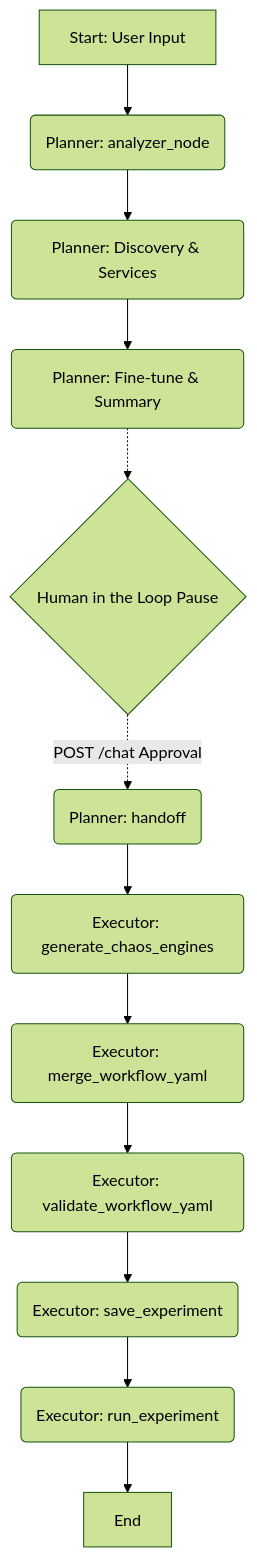
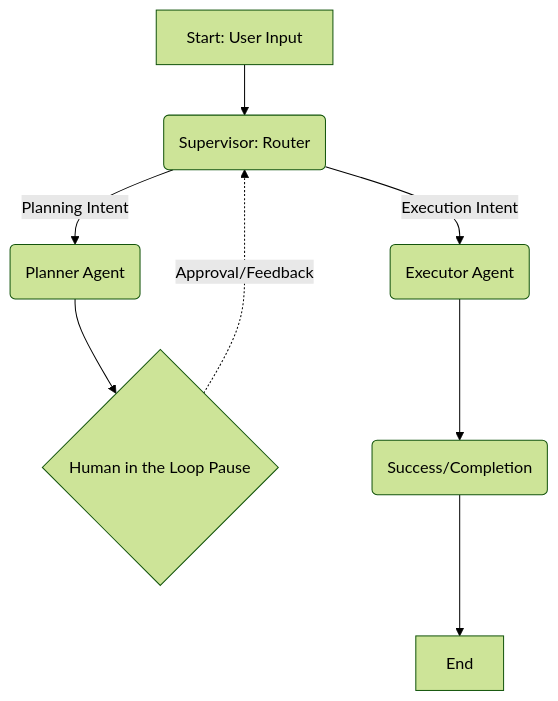
Before and after one commit to pratheeG/Chaos_engineering: the diagram in agent_v2/readme.md, drawn with Mermaid (forest theme). The commit also changed other lines of this file and 8 other files, not shown here.

````diff
--- a/agent_v2/readme.md
+++ b/agent_v2/readme.md
@@ -25,15 +23,12 @@
 ```mermaid
 graph TD
-    A[Start: User Input] --> B(Planner: analyzer_node)
-    B --> C(Planner: Discovery & Services)
-    C --> D(Planner: Fine-tune & Summary)
+    A[Start: User Input] --> B(Supervisor: Router)
+    B -- Planning Intent --> C(Planner Agent)
+    B -- Execution Intent --> D(Executor Agent)
     
-    D -.-> E{Human in the Loop Pause}
-    E -. POST /chat Approval .-> F(Planner: handoff)
-    F --> G(Executor: generate_chaos_engines)
-    G --> H(Executor: merge_workflow_yaml)
-    H --> I(Executor: validate_workflow_yaml)
-    I --> J(Executor: save_experiment)
-    J --> K(Executor: run_experiment)
-    K --> End
+    C --> E{Human in the Loop Pause}
+    E -. Approval/Feedback .-> B
+    
+    D --> F(Success/Completion)
+    F --> End
 ```
````
